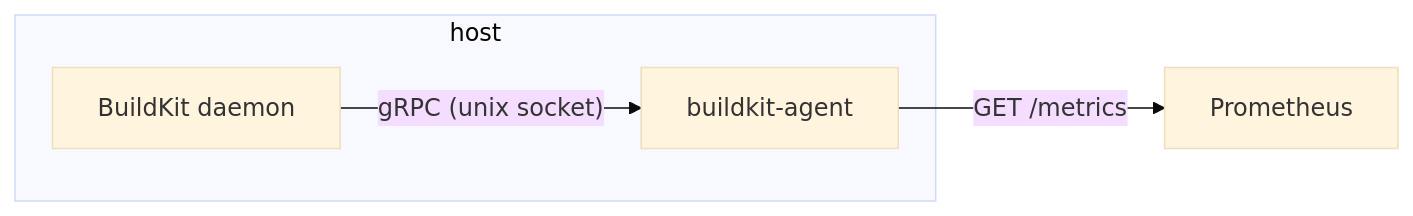
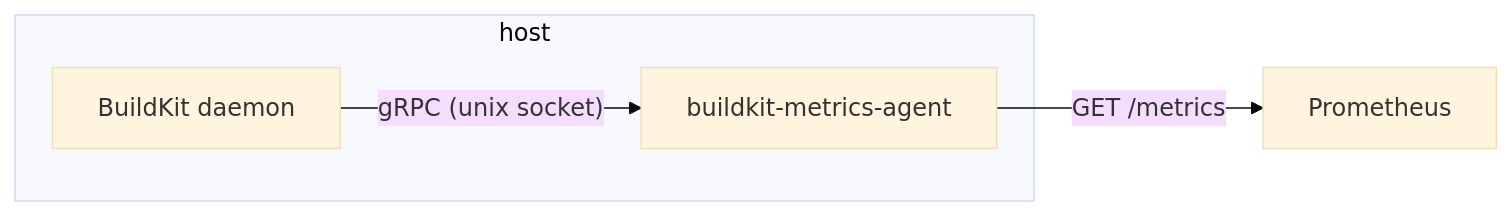
Before and after one commit to BuilderHub/buildkit-metrics-agent: the diagram in README.md, drawn with Mermaid (base theme). The commit also changed other lines of this file and 1 other file, not shown here.

````diff
--- a/README.md
+++ b/README.md
@@ -5,9 +5,9 @@
 ```mermaid
 flowchart LR
   subgraph host
     BK[BuildKit daemon]
-    A[buildkit-agent]
+    A[buildkit-metrics-agent]
   end
   BK -->|"gRPC (unix socket)"| A
   A -->|"GET /metrics"| P[Prometheus]
 ```
````
